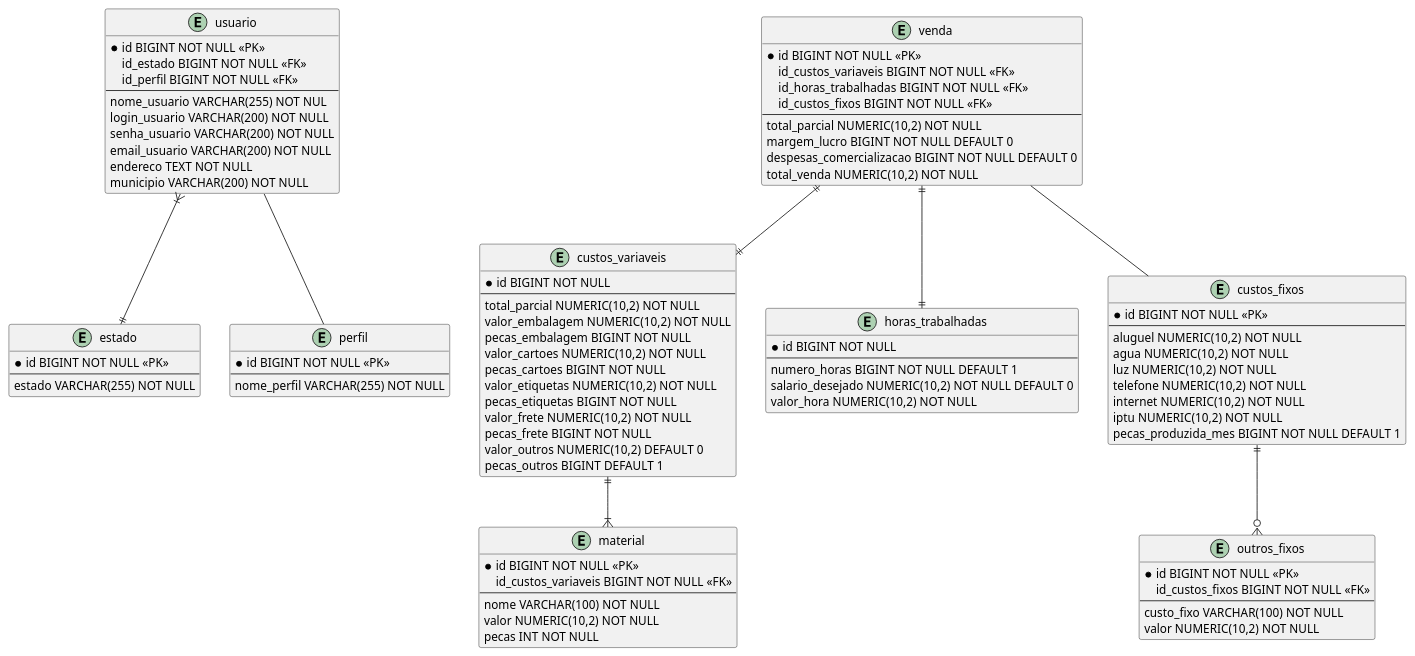
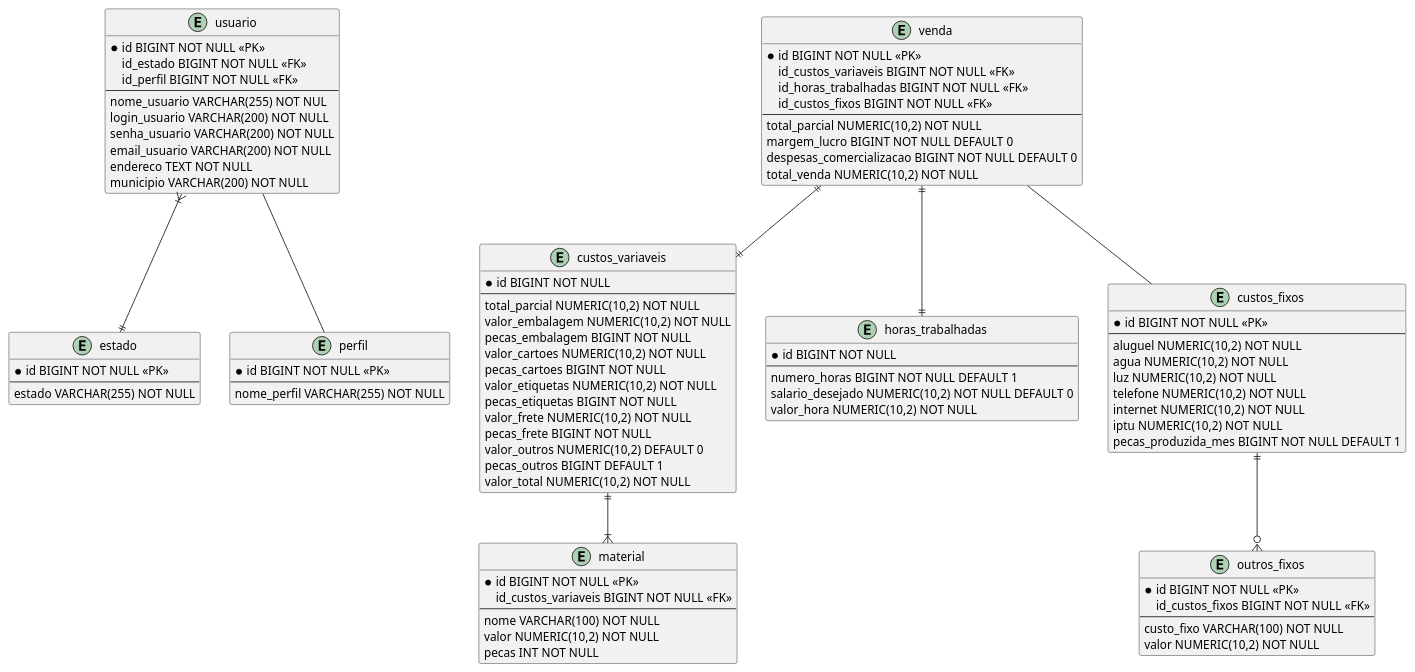
The diagram in modelagem/banco.wsd (galaticghost/precificacao-pecas), drawn with PlantUML before and after one commit. The commit also changed 6 other files, not shown here.

```diff
--- a/modelagem/banco.wsd
+++ b/modelagem/banco.wsd
@@ -1,101 +1,102 @@
 @startuml Banco
 
 entity usuario {
     *id BIGINT NOT NULL <<PK>>
     id_estado BIGINT NOT NULL <<FK>>
     id_perfil BIGINT NOT NULL <<FK>>
     --
     nome_usuario VARCHAR(255) NOT NUL
     login_usuario VARCHAR(200) NOT NULL
     senha_usuario VARCHAR(200) NOT NULL
     email_usuario VARCHAR(200) NOT NULL
     endereco TEXT NOT NULL
     municipio VARCHAR(200) NOT NULL
 }
 
 entity estado {
     *id BIGINT NOT NULL <<PK>>
     --
     estado VARCHAR(255) NOT NULL
 }
 
 entity perfil {
     *id BIGINT NOT NULL <<PK>>
     --
     nome_perfil VARCHAR(255) NOT NULL
 }
 
 entity custos_variaveis {
     *id BIGINT NOT NULL
     --
     total_parcial NUMERIC(10,2) NOT NULL
     valor_embalagem NUMERIC(10,2) NOT NULL
     pecas_embalagem BIGINT NOT NULL
     valor_cartoes NUMERIC(10,2) NOT NULL
     pecas_cartoes BIGINT NOT NULL
     valor_etiquetas NUMERIC(10,2) NOT NULL
     pecas_etiquetas BIGINT NOT NULL
     valor_frete NUMERIC(10,2) NOT NULL
     pecas_frete BIGINT NOT NULL
     valor_outros NUMERIC(10,2) DEFAULT 0
     pecas_outros BIGINT DEFAULT 1
+    valor_total NUMERIC(10,2) NOT NULL
 }
 
 entity horas_trabalhadas {
     *id BIGINT NOT NULL
     --
     numero_horas BIGINT NOT NULL DEFAULT 1
     salario_desejado NUMERIC(10,2) NOT NULL DEFAULT 0
     valor_hora NUMERIC(10,2) NOT NULL 
 }
 
 entity custos_fixos {
     *id BIGINT NOT NULL <<PK>>
     --
     aluguel NUMERIC(10,2) NOT NULL
     agua NUMERIC(10,2) NOT NULL
     luz NUMERIC(10,2) NOT NULL
     telefone NUMERIC(10,2) NOT NULL
     internet NUMERIC(10,2) NOT NULL
     iptu NUMERIC(10,2) NOT NULL
     pecas_produzida_mes BIGINT NOT NULL DEFAULT 1
 }
 
 entity outros_fixos {
     *id BIGINT NOT NULL <<PK>>
     id_custos_fixos BIGINT NOT NULL <<FK>>
     --
     custo_fixo VARCHAR(100) NOT NULL
     valor NUMERIC(10,2) NOT NULL
 }
 
 entity material {
     *id BIGINT NOT NULL <<PK>>
     id_custos_variaveis BIGINT NOT NULL <<FK>>
     --
     nome VARCHAR(100) NOT NULL
     valor NUMERIC(10,2) NOT NULL
     pecas INT NOT NULL
 }
 
 entity venda {
     *id BIGINT NOT NULL <<PK>>
     id_custos_variaveis BIGINT NOT NULL <<FK>>
     id_horas_trabalhadas BIGINT NOT NULL <<FK>>
     id_custos_fixos BIGINT NOT NULL <<FK>>
     --
     total_parcial NUMERIC(10,2) NOT NULL
     margem_lucro BIGINT NOT NULL DEFAULT 0
     despesas_comercializacao BIGINT NOT NULL DEFAULT 0
     total_venda NUMERIC(10,2) NOT NULL
 }
 
 usuario }|--|| estado
 usuario -- perfil
 venda ||--|| custos_variaveis
 venda ||--|| horas_trabalhadas
 venda -- custos_fixos
 custos_variaveis ||--|{ material
 custos_fixos ||--o{ outros_fixos
 
 @enduml
```
